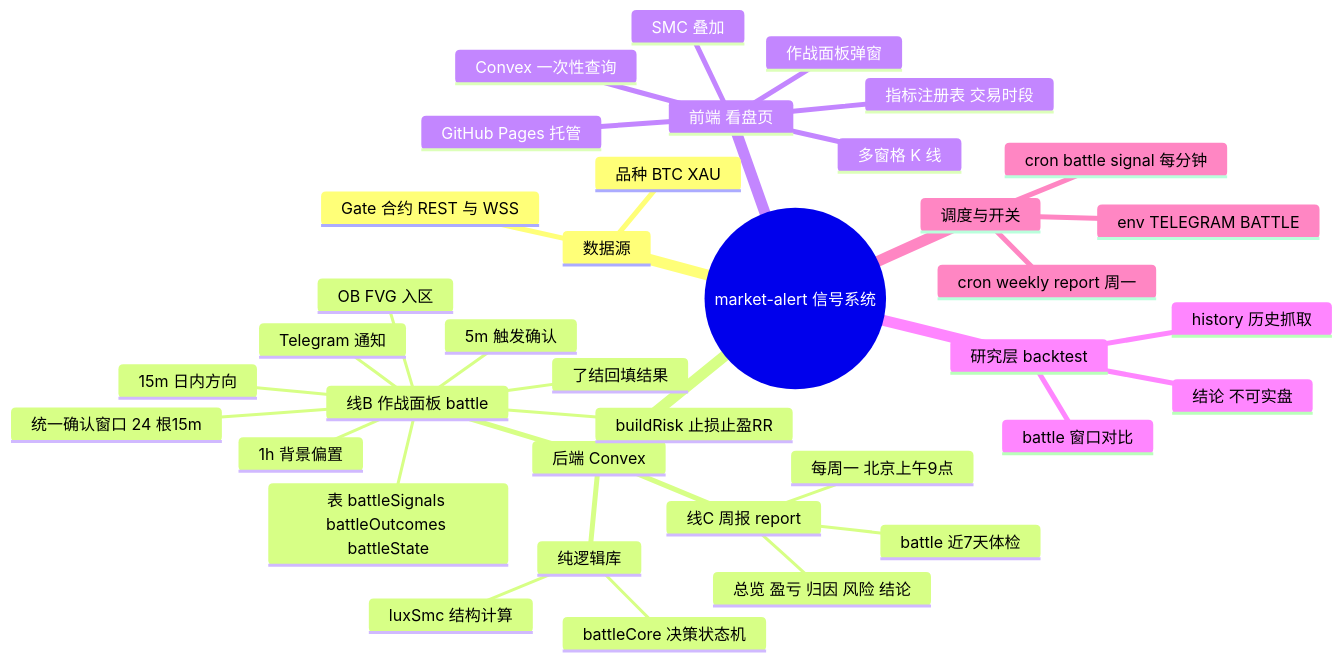
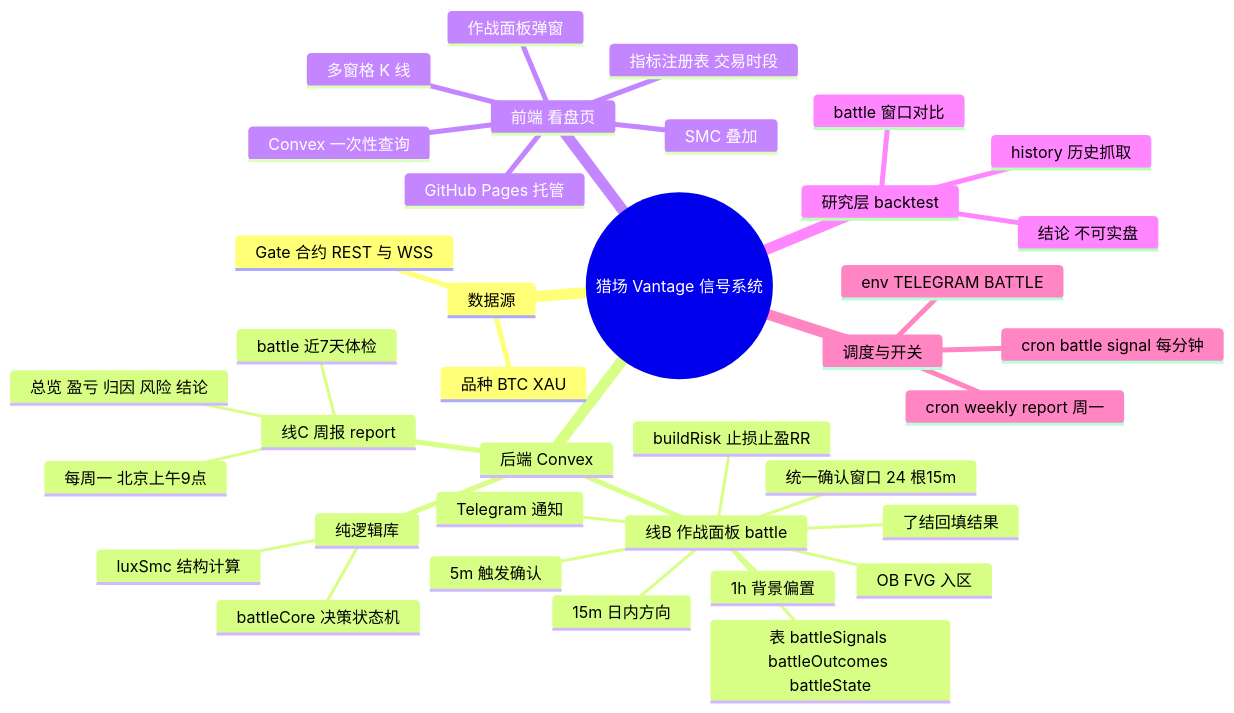
The diagram in docs/business-logic/README.md (wond03/market-alert), drawn with Mermaid before and after one commit. The commit also changed other lines of this file and 1 other file, not shown here.

First line of the commit message:
docs: 业务命名为 猎场 Vantage

````diff
--- a/docs/business-logic/README.md
+++ b/docs/business-logic/README.md
@@ -8,40 +8,40 @@
 ```mermaid
 mindmap
-  root((market-alert 信号系统))
+  root((猎场 Vantage 信号系统))
     数据源
       Gate 合约 REST 与 WSS
       品种 BTC XAU
     后端 Convex
       线B 作战面板 battle
         1h 背景偏置
         15m 日内方向
         OB FVG 入区
         统一确认窗口 24 根15m
         5m 触发确认
         buildRisk 止损止盈RR
         表 battleSignals battleOutcomes battleState
         了结回填结果
         Telegram 通知
       线C 周报 report
         每周一 北京上午9点
         battle 近7天体检
         总览 盈亏 归因 风险 结论
       纯逻辑库
         luxSmc 结构计算
         battleCore 决策状态机
     前端 看盘页
       多窗格 K 线
       SMC 叠加
       指标注册表 交易时段
       作战面板弹窗
       Convex 一次性查询
       GitHub Pages 托管
     研究层 backtest
       battle 窗口对比
       history 历史抓取
       结论 不可实盘
     调度与开关
       cron battle signal 每分钟
       cron weekly report 周一
       env TELEGRAM BATTLE
 ```
````
